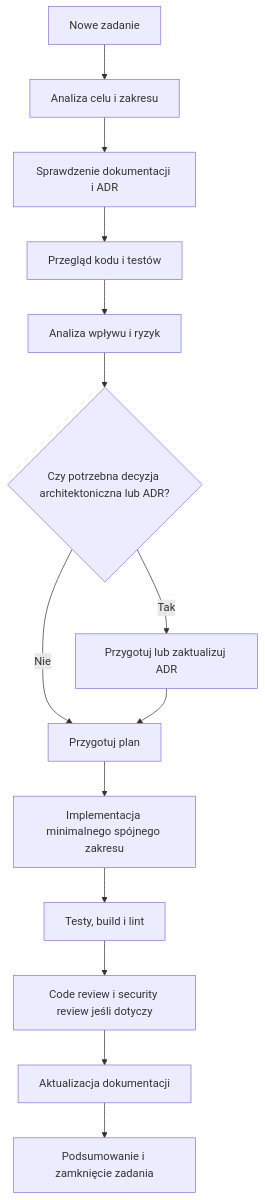
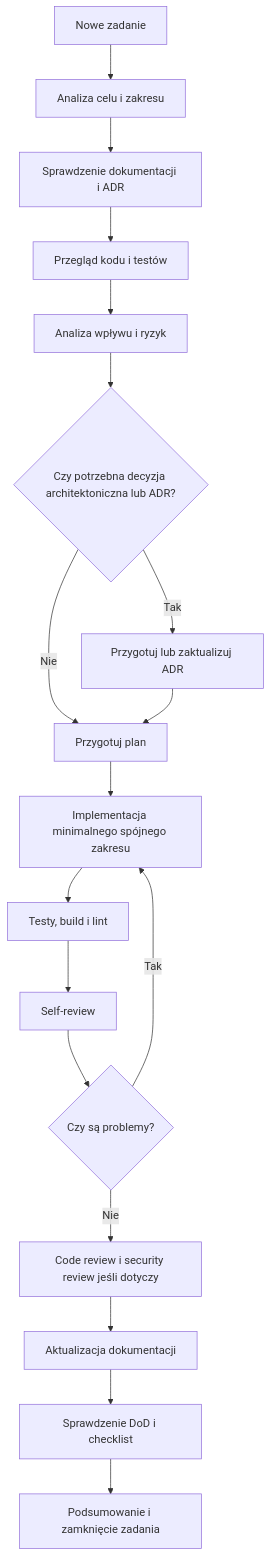
One commit to dom-lud/WeedingGalery changed the diagram in docs/development/WORKFLOW.md. Above: the diagram before and after it, drawn with Mermaid. The commit also changed other lines of this file and 19 other files, not shown here.

````diff
--- a/docs/development/WORKFLOW.md
+++ b/docs/development/WORKFLOW.md
@@ -59,16 +69,20 @@
 ```mermaid
 flowchart TD
     A[Nowe zadanie] --> B[Analiza celu i zakresu]
     B --> C[Sprawdzenie dokumentacji i ADR]
     C --> D[Przegląd kodu i testów]
     D --> E[Analiza wpływu i ryzyk]
-    E --> F{Czy potrzebna decyzja architektoniczna lub ADR?}
+    E --> F{"Czy potrzebna decyzja architektoniczna lub ADR?"}
     F -->|Tak| G[Przygotuj lub zaktualizuj ADR]
     F -->|Nie| H[Przygotuj plan]
     G --> H
     H --> I[Implementacja minimalnego spójnego zakresu]
     I --> J[Testy, build i lint]
-    J --> K[Code review i security review jeśli dotyczy]
-    K --> L[Aktualizacja dokumentacji]
-    L --> M[Podsumowanie i zamknięcie zadania]
+    J --> K[Self-review]
+    K --> L{"Czy są problemy?"}
+    L -->|Tak| I
+    L -->|Nie| M[Code review i security review jeśli dotyczy]
+    M --> N[Aktualizacja dokumentacji]
+    N --> O[Sprawdzenie DoD i checklist]
+    O --> P[Podsumowanie i zamknięcie zadania]
 ```
````
